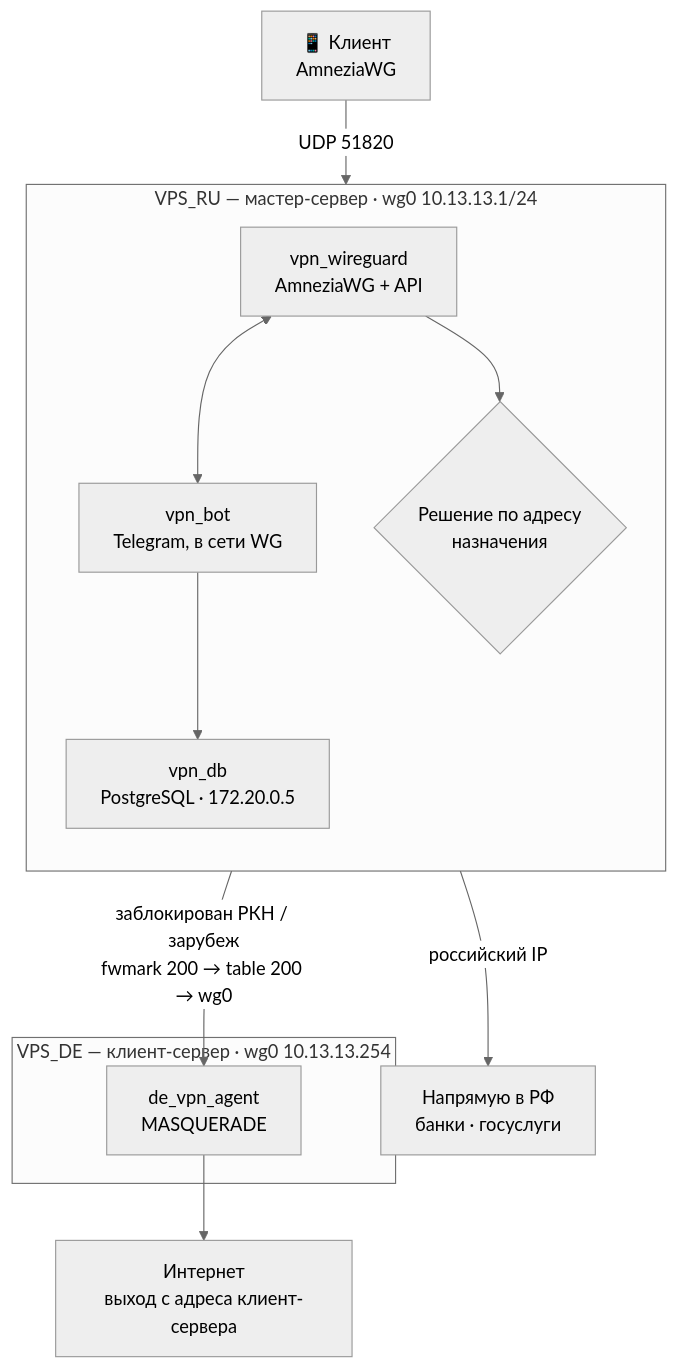
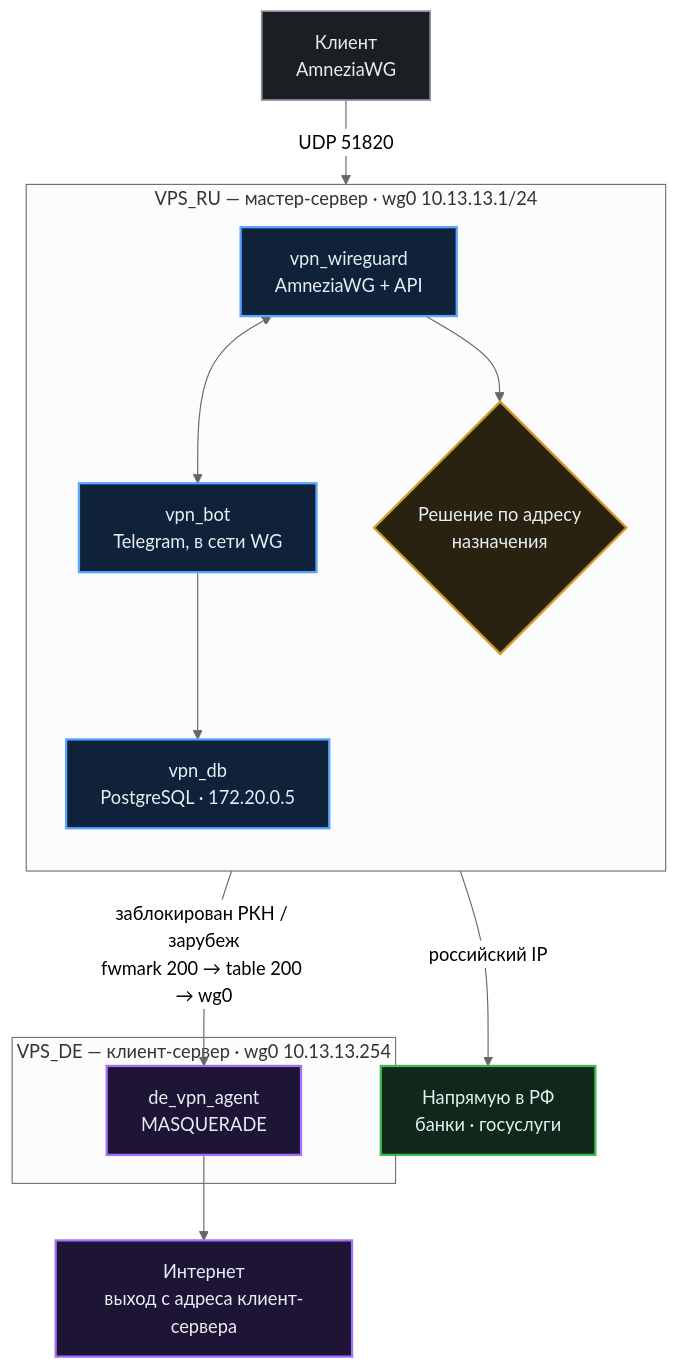
Before and after one commit to AnDyQnn/vpn_awg_2_VPS_pub: the first of 2 diagrams in Readme.md, drawn with Mermaid (neutral theme). The commit also changed other lines of this file and 2 other files, not shown here.

First line of the commit message:
Баннер без CSS, цветные индикаторы; документация без эмодзи, схемы в цвете

````diff
--- a/Readme.md
+++ b/Readme.md
@@ -94,24 +90,36 @@
 ```mermaid
 flowchart TB
-    Client["📱 Клиент<br/>AmneziaWG"]
+    Client[" Клиент<br/>AmneziaWG"]
 
     subgraph RU["VPS_RU — мастер-сервер · wg0 10.13.13.1/24"]
         direction TB
         WG["vpn_wireguard<br/>AmneziaWG + API"]
         BOT["vpn_bot<br/>Telegram, в сети WG"]
         DB["vpn_db<br/>PostgreSQL · 172.20.0.5"]
         DEC{"Решение по адресу<br/>назначения"}
         WG <--> BOT
         BOT --> DB
         WG --> DEC
     end
 
     subgraph DE["VPS_DE — клиент-сервер · wg0 10.13.13.254"]
         AGENT["de_vpn_agent<br/>MASQUERADE"]
     end
 
     Client -->|"UDP 51820"| WG
     DEC -->|"российский IP"| DIRECT["Напрямую в РФ<br/>банки · госуслуги"]
     DEC -->|"заблокирован РКН / зарубеж<br/>fwmark 200 → table 200 → wg0"| AGENT
     AGENT --> NET["Интернет<br/>выход с адреса клиент-сервера"]
+
+    classDef master fill:#10213a,stroke:#58a6ff,stroke-width:2px,color:#e6edf3
+    classDef client fill:#1e1436,stroke:#a371f7,stroke-width:2px,color:#e6edf3
+    classDef direct fill:#10281a,stroke:#3fb950,stroke-width:2px,color:#e6edf3
+    classDef choice fill:#2a2210,stroke:#d29922,stroke-width:2px,color:#e6edf3
+    classDef user   fill:#1b1f24,stroke:#8b949e,stroke-width:1.5px,color:#e6edf3
+
+    class WG,BOT,DB master
+    class AGENT,NET client
+    class DIRECT direct
+    class DEC choice
+    class Client user
 ```
````
